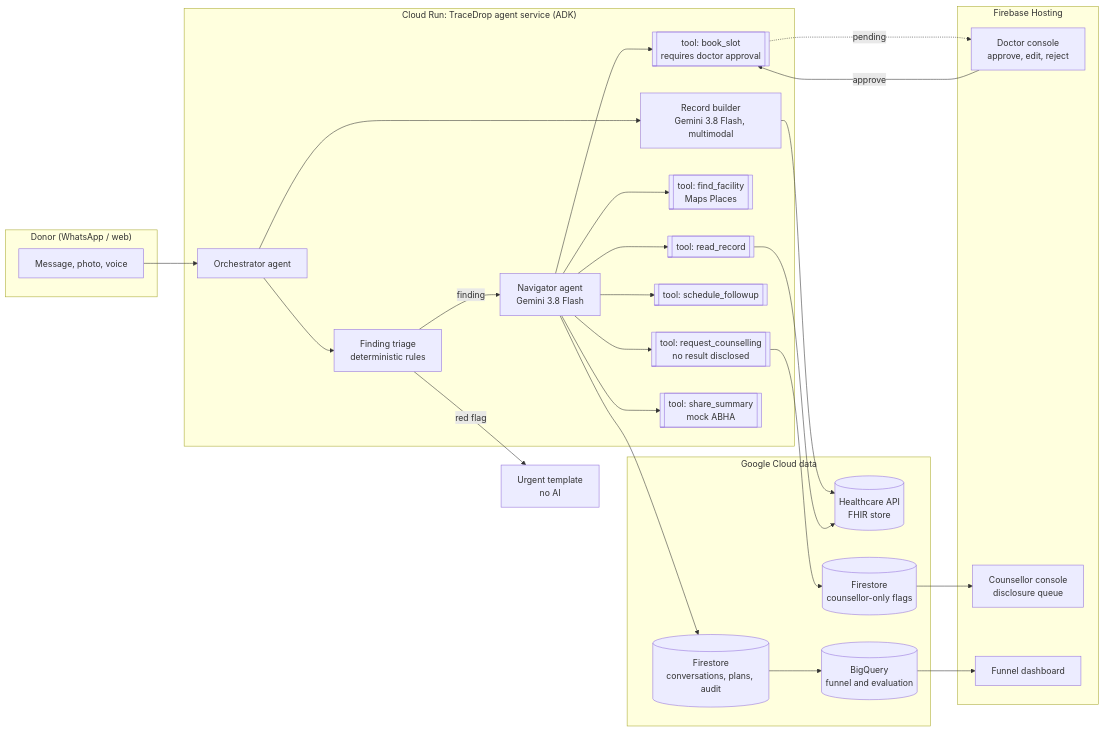
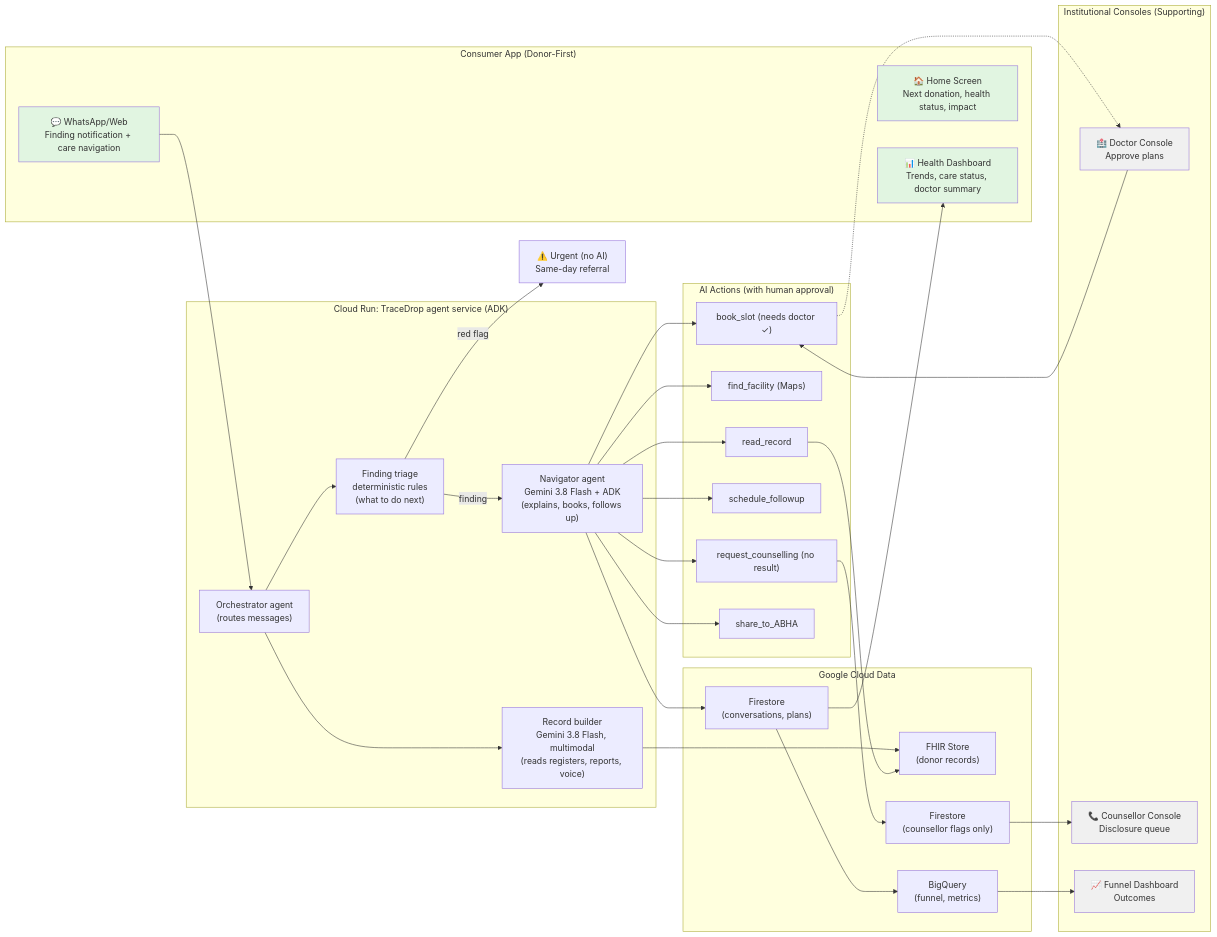
Before and after one commit to uppilisrinivasan/tracedrop: the diagram in docs/03-build/architecture.md, drawn with Mermaid. The commit also changed other lines of this file and 6 other files, not shown here.

````diff
--- a/docs/03-build/architecture.md
+++ b/docs/03-build/architecture.md
@@ -12,41 +43,59 @@
 ```mermaid
 flowchart LR
-  subgraph Donor["Donor (WhatsApp / web)"]
-    D1[Message, photo, voice]
+  subgraph Consumer["Consumer App (Donor-First)"]
+    A1["🏠 Home Screen<br/>Next donation, health status, impact"]
+    A2["📊 Health Dashboard<br/>Trends, care status, doctor summary"]
+    A3["💬 WhatsApp/Web<br/>Finding notification + care navigation"]
   end
-  subgraph CloudRun["Cloud Run: TraceDrop agent service (ADK)"]
-    O[Orchestrator agent]
-    RB[Record builder<br/>Gemini 3.8 Flash, multimodal]
-    TR[Finding triage<br/>deterministic rules]
-    NV[Navigator agent<br/>Gemini 3.8 Flash]
-    T1[[tool: read_record]]
-    T2[[tool: find_facility<br/>Maps Places]]
-    T3[[tool: book_slot<br/>requires doctor approval]]
-    T4[[tool: schedule_followup]]
-    T5[[tool: request_counselling<br/>no result disclosed]]
-    T6[[tool: share_summary<br/>mock ABHA]]
+  
+  subgraph Orchestration["Cloud Run: TraceDrop agent service (ADK)"]
+    O["Orchestrator agent<br/>(routes messages)"]
+    RB["Record builder<br/>Gemini 3.8 Flash, multimodal<br/>(reads registers, reports, voice)"]
+    TR["Finding triage<br/>deterministic rules<br/>(what to do next)"]
+    NV["Navigator agent<br/>Gemini 3.8 Flash + ADK<br/>(explains, books, follows up)"]
   end
-  subgraph Data["Google Cloud data"]
-    F[(Healthcare API<br/>FHIR store)]
-    FS[(Firestore<br/>conversations, plans, audit)]
-    CQ[(Firestore<br/>counsellor-only flags)]
-    BQ[(BigQuery<br/>funnel and evaluation)]
+  
+  subgraph Tools["AI Actions (with human approval)"]
+    T1["read_record"]
+    T2["find_facility (Maps)"]
+    T3["book_slot (needs doctor ✓)"]
+    T4["schedule_followup"]
+    T5["request_counselling (no result)"]
+    T6["share_to_ABHA"]
   end
-  subgraph Consoles["Firebase Hosting"]
-    DC[Doctor console<br/>approve, edit, reject]
-    CC[Counsellor console<br/>disclosure queue]
-    FN[Funnel dashboard]
+  
+  subgraph Data["Google Cloud Data"]
+    F["FHIR Store<br/>(donor records)"]
+    FS["Firestore<br/>(conversations, plans)"]
+    CQ["Firestore<br/>(counsellor flags only)"]
+    BQ["BigQuery<br/>(funnel, metrics)"]
   end
-  D1 --> O
+  
+  subgraph Institutional["Institutional Consoles (Supporting)"]
+    DC["🏥 Doctor Console<br/>Approve plans"]
+    CC["📞 Counsellor Console<br/>Disclosure queue"]
+    FN["📈 Funnel Dashboard<br/>Outcomes"]
+  end
+  
+  A3 --> O
   O --> RB --> F
   O --> TR
-  TR -- "red flag" --> RF[Urgent template<br/>no AI]
+  TR -- "red flag" --> RF["⚠️ Urgent (no AI)<br/>Same-day referral"]
   TR -- "finding" --> NV
   NV --> T1 & T2 & T3 & T4 & T5 & T6
   T1 --> F
-  T3 -. "pending" .-> DC
-  DC -- "approve" --> T3
-  T5 --> CQ --> CC
+  T3 -.-> DC
+  DC --> T3
+  T5 --> CQ
+  CQ --> CC
   NV --> FS
+  FS --> A2
   FS --> BQ --> FN
+  
+  style A1 fill:#e1f5e1
+  style A2 fill:#e1f5e1
+  style A3 fill:#e1f5e1
+  style DC fill:#f0f0f0
+  style CC fill:#f0f0f0
+  style FN fill:#f0f0f0
 ```
````
